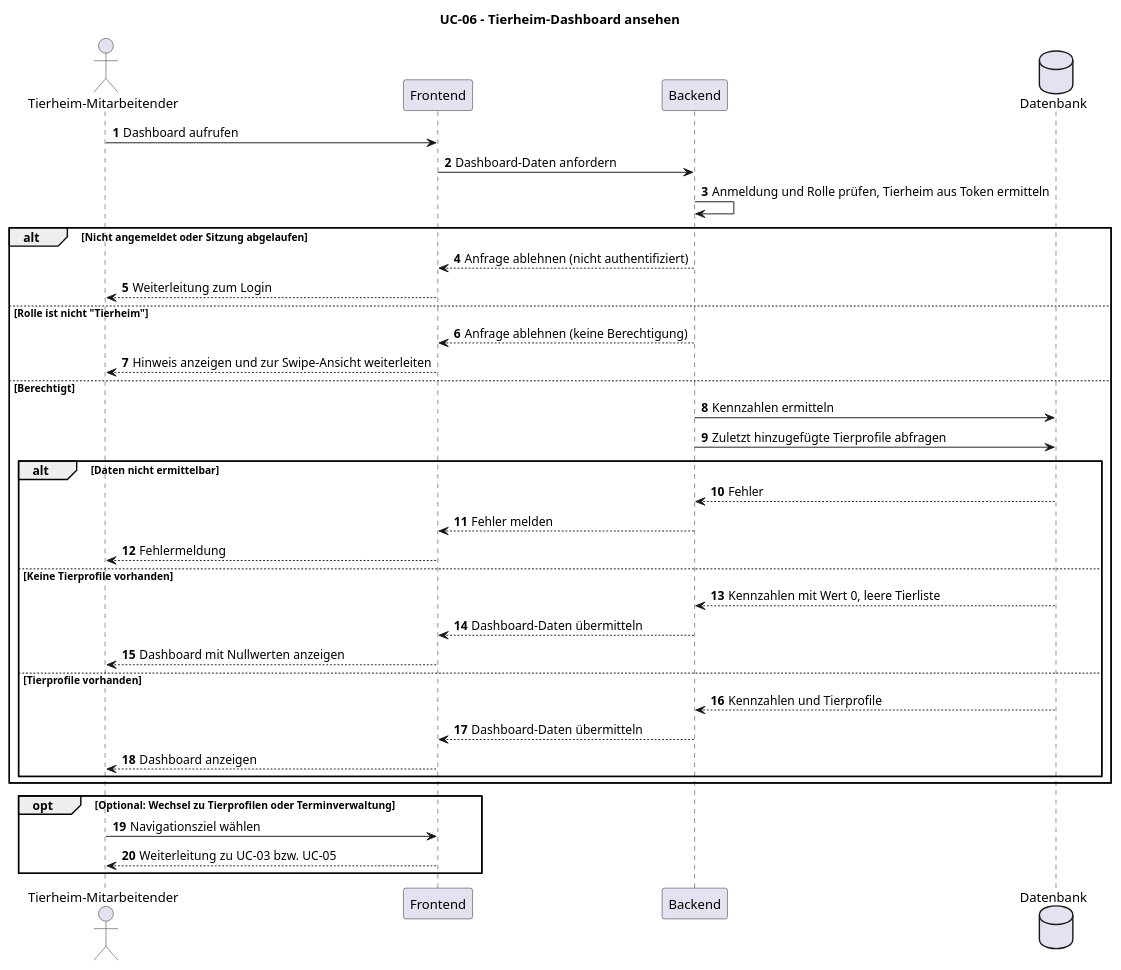
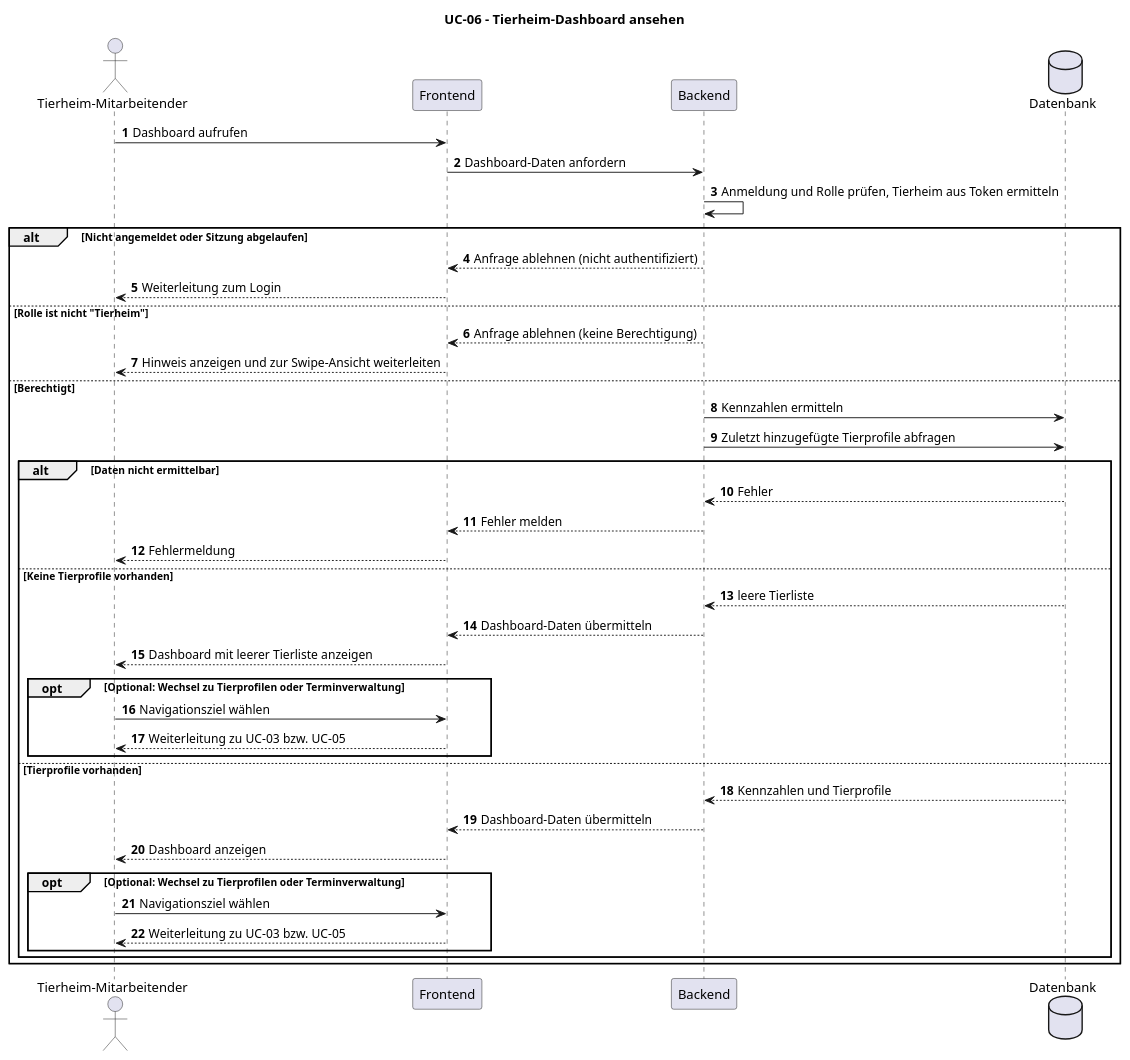
The diagram in docs/diagrams/UC-06_sequence.puml (ImConsti/CoupleGOATS), drawn with PlantUML before and after one commit. The commit also changed 2 other files, not shown here.

```diff
--- a/docs/diagrams/UC-06_sequence.puml
+++ b/docs/diagrams/UC-06_sequence.puml
@@ -1,48 +1,52 @@
 @startuml
 title UC-06 – Tierheim-Dashboard ansehen
 
 autonumber
 
 actor "Tierheim-Mitarbeitender" as User
 participant "Frontend" as FE
 participant "Backend" as BE
 database "Datenbank" as DB
 
 User -> FE: Dashboard aufrufen
 FE -> BE: Dashboard-Daten anfordern
 BE -> BE: Anmeldung und Rolle prüfen, Tierheim aus Token ermitteln
 
 alt Nicht angemeldet oder Sitzung abgelaufen
     BE --> FE: Anfrage ablehnen (nicht authentifiziert)
     FE --> User: Weiterleitung zum Login
 
 else Rolle ist nicht "Tierheim"
     BE --> FE: Anfrage ablehnen (keine Berechtigung)
     FE --> User: Hinweis anzeigen und zur Swipe-Ansicht weiterleiten
 
 else Berechtigt
     BE -> DB: Kennzahlen ermitteln
     BE -> DB: Zuletzt hinzugefügte Tierprofile abfragen
 
     alt Daten nicht ermittelbar
             DB --> BE: Fehler
             BE --> FE: Fehler melden
             FE --> User: Fehlermeldung
 
     else Keine Tierprofile vorhanden
-        DB --> BE: Kennzahlen mit Wert 0, leere Tierliste
+        DB --> BE: leere Tierliste
         BE --> FE: Dashboard-Daten übermitteln
-        FE --> User: Dashboard mit Nullwerten anzeigen
+        FE --> User: Dashboard mit leerer Tierliste anzeigen
+        opt Optional: Wechsel zu Tierprofilen oder Terminverwaltung
+                    User -> FE: Navigationsziel wählen
+                    FE --> User: Weiterleitung zu UC-03 bzw. UC-05
+        end
 
     else Tierprofile vorhanden
         DB --> BE: Kennzahlen und Tierprofile
         BE --> FE: Dashboard-Daten übermitteln
         FE --> User: Dashboard anzeigen
+        opt Optional: Wechsel zu Tierprofilen oder Terminverwaltung
+            User -> FE: Navigationsziel wählen
+            FE --> User: Weiterleitung zu UC-03 bzw. UC-05
     end
 end
 
-opt Optional: Wechsel zu Tierprofilen oder Terminverwaltung
-    User -> FE: Navigationsziel wählen
-    FE --> User: Weiterleitung zu UC-03 bzw. UC-05
 end
 @enduml
```
